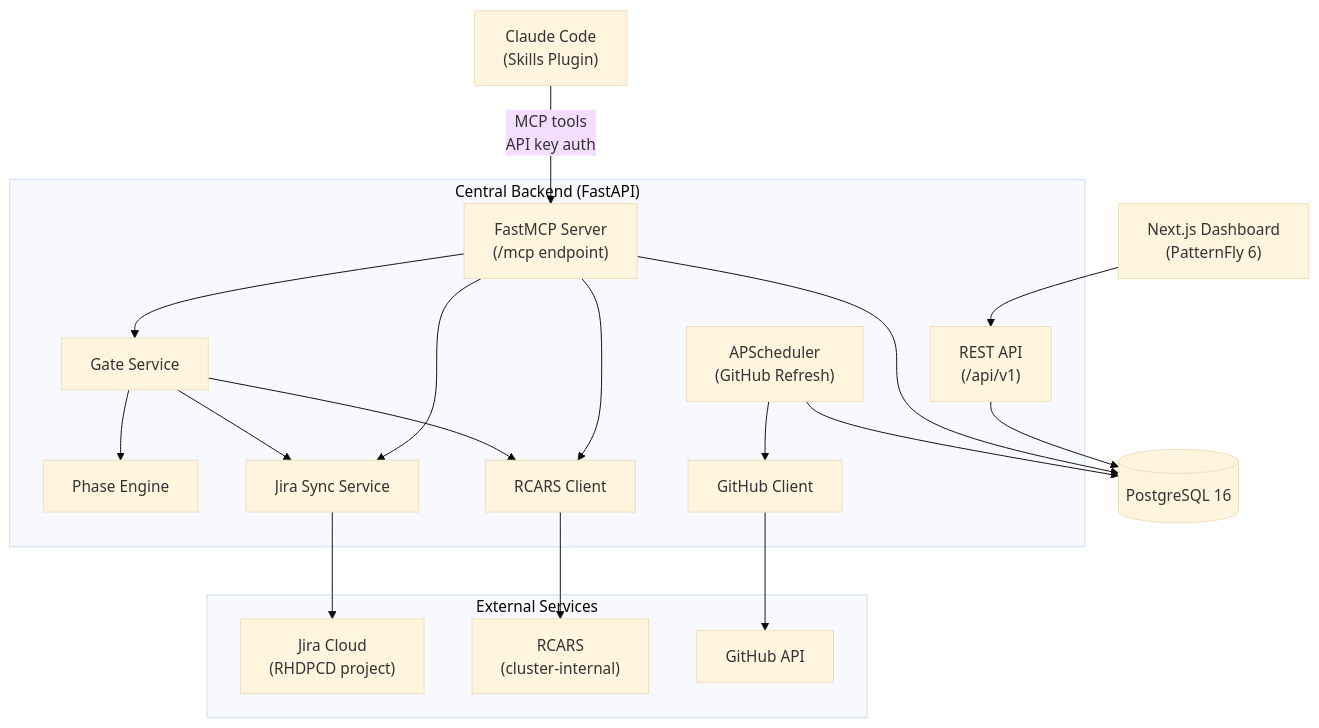
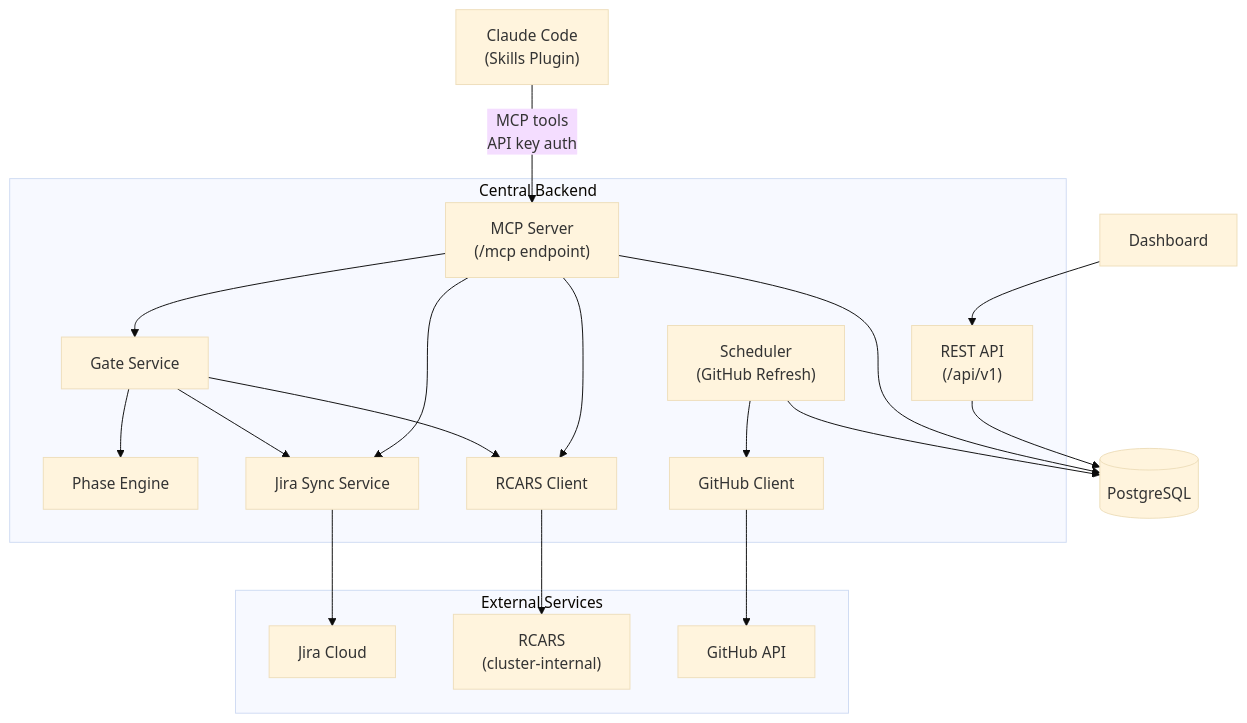
One commit to treddy08/rhdp-publishing-house changed the diagram in docs/architecture/central.md. Above: the diagram before and after it, drawn with Mermaid (base theme). The commit also changed other lines of this file and 6 other files, not shown here.

````diff
--- a/docs/architecture/central.md
+++ b/docs/architecture/central.md
@@ -14,37 +14,37 @@
 ```mermaid
 graph TD
     CC["Claude Code<br/>(Skills Plugin)"] -->|"MCP tools<br/>API key auth"| MCP
 
-    subgraph Central["Central Backend (FastAPI)"]
-        MCP["FastMCP Server<br/>(/mcp endpoint)"]
+    subgraph Central["Central Backend"]
+        MCP["MCP Server<br/>(/mcp endpoint)"]
         GS["Gate Service"]
         PE["Phase Engine"]
         JS["Jira Sync Service"]
         RC["RCARS Client"]
         GH["GitHub Client"]
         REST["REST API<br/>(/api/v1)"]
-        SCHED["APScheduler<br/>(GitHub Refresh)"]
+        SCHED["Scheduler<br/>(GitHub Refresh)"]
 
         MCP --> GS
         MCP --> RC
         MCP --> JS
         GS --> PE
         GS --> JS
         GS --> RC
         SCHED --> GH
     end
 
     subgraph External["External Services"]
-        JIRA["Jira Cloud<br/>(RHDPCD project)"]
+        JIRA["Jira Cloud"]
         RCARS["RCARS<br/>(cluster-internal)"]
         GHAPI["GitHub API"]
     end
 
     GH --> GHAPI
     RC --> RCARS
     JS --> JIRA
-    REST --> DB[(PostgreSQL 16)]
+    REST --> DB[(PostgreSQL)]
     MCP --> DB
     SCHED --> DB
-    FE["Next.js Dashboard<br/>(PatternFly 6)"] --> REST
+    FE["Dashboard"] --> REST
 ```
````
